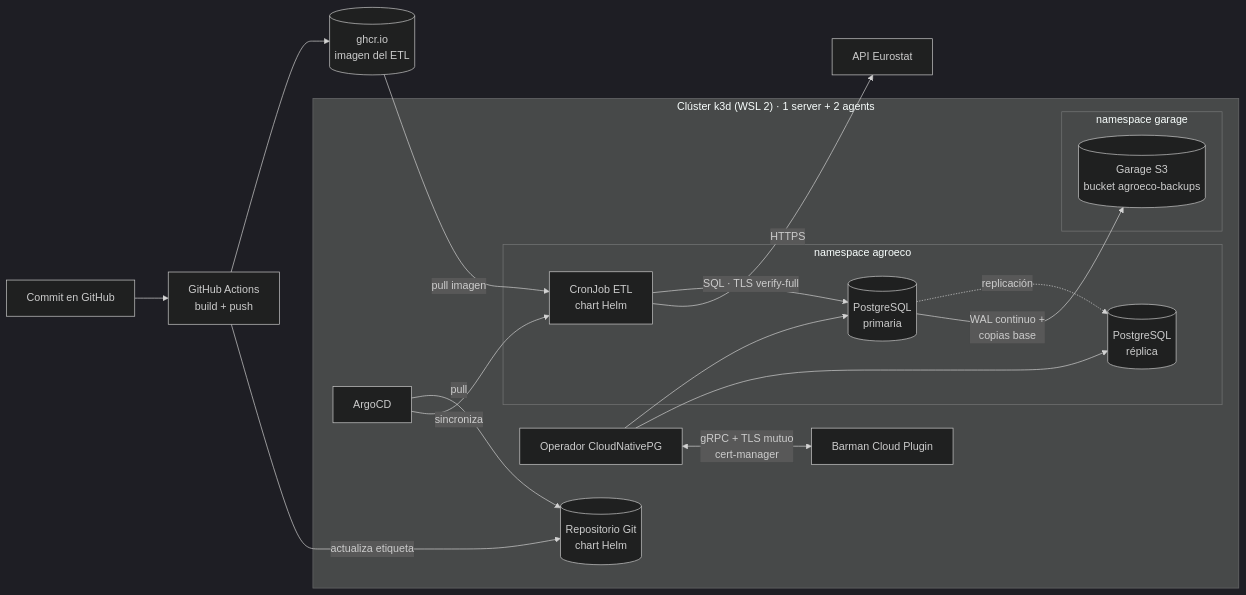
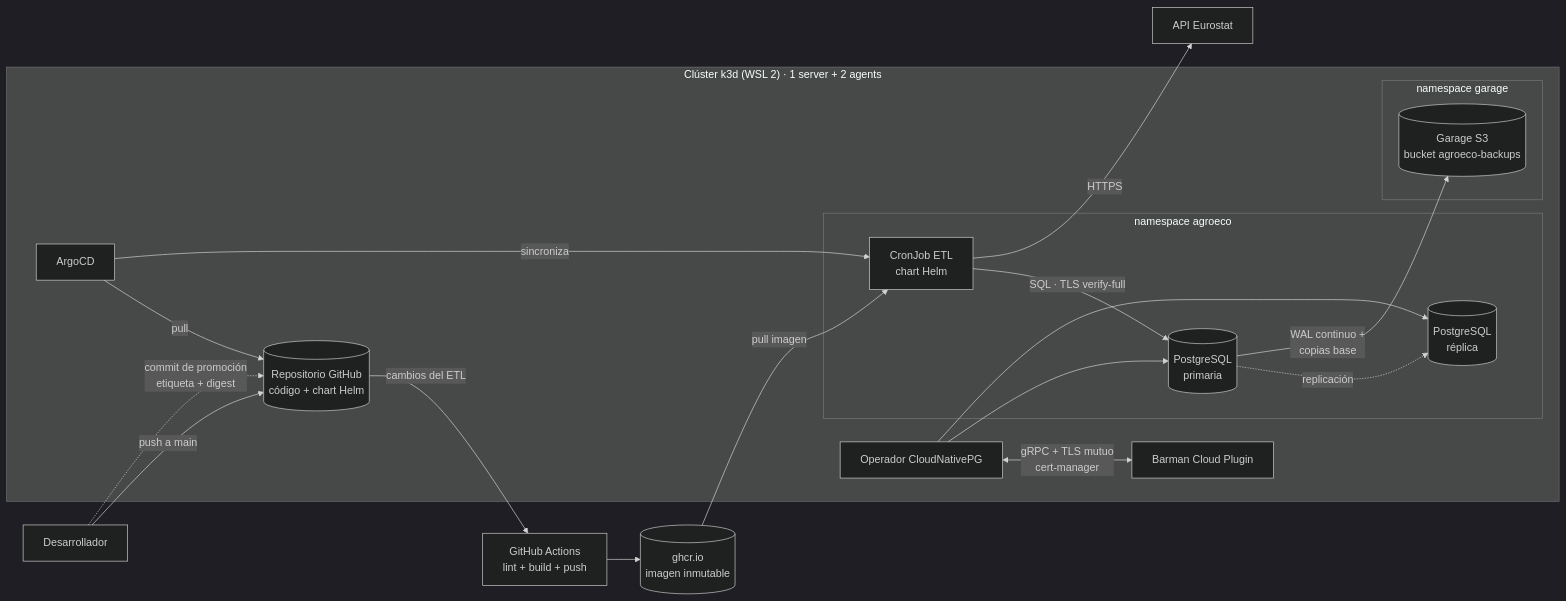
Before and after one commit to SamAnaya11/Agroeco-EU_K8s-Platform: the diagram in README.md, drawn with Mermaid (dark theme). The commit also changed other lines of this file and 14 other files, not shown here.

````diff
--- a/README.md
+++ b/README.md
@@ -25,25 +25,26 @@
 ```mermaid
 flowchart LR
-    dev[Commit en GitHub] --> gha[GitHub Actions<br/>build + push]
-    gha --> ghcr[(ghcr.io<br/>imagen del ETL)]
-    gha -->|actualiza etiqueta| repo[(Repositorio Git<br/>chart Helm)]
+    dev[Desarrollador] -->|push a main| repo[(Repositorio GitHub<br/>código + chart Helm)]
+    repo -->|cambios del ETL| gha[GitHub Actions<br/>lint + build + push]
+    gha --> ghcr[(ghcr.io<br/>imagen inmutable)]
+    dev -.->|commit de promoción<br/>etiqueta + digest| repo
 
     subgraph k3d["Clúster k3d (WSL 2) · 1 server + 2 agents"]
         argo[ArgoCD] -->|pull| repo
         argo -->|sincroniza| chart
         subgraph ns["namespace agroeco"]
             chart[CronJob ETL<br/>chart Helm] -->|SQL · TLS verify-full| pg1[(PostgreSQL<br/>primaria)]
             pg1 -.replicación.-> pg2[(PostgreSQL<br/>réplica)]
         end
         cnpg[Operador CloudNativePG] --> pg1
         cnpg --> pg2
         cnpg <-->|gRPC + TLS mutuo<br/>cert-manager| plugin[Barman Cloud Plugin]
         subgraph nsg["namespace garage"]
             garage[(Garage S3<br/>bucket agroeco-backups)]
         end
         pg1 -->|WAL continuo +<br/>copias base| garage
     end
 
     chart -->|HTTPS| eurostat[API Eurostat]
     ghcr -->|pull imagen| chart
 ```
````
